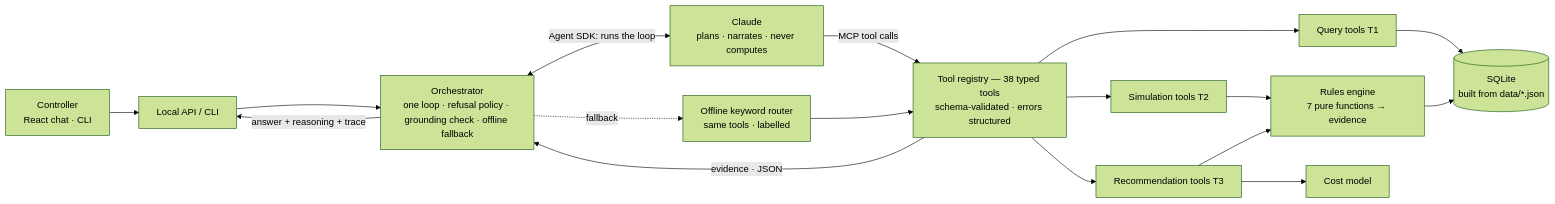
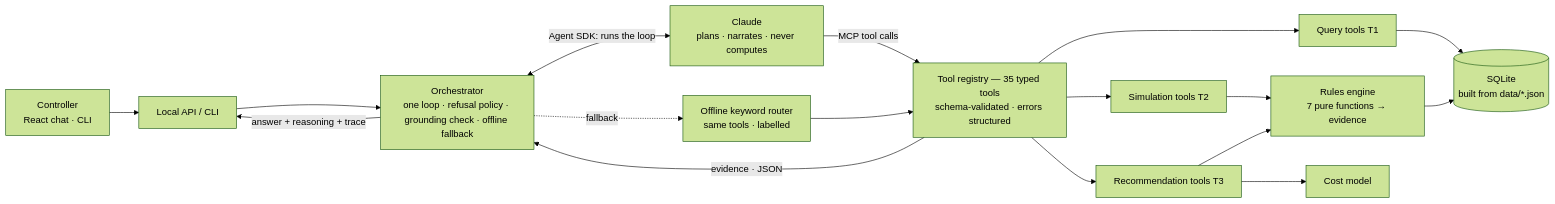
The fourth of 4 diagrams in docs/architecture.md (valinci-007/dCortex), drawn with Mermaid (forest theme) before and after one commit. The commit also changed 42 other files, not shown here.

````diff
--- a/docs/architecture.md
+++ b/docs/architecture.md
@@ -211,19 +211,19 @@
 ```mermaid
 flowchart LR
     U[Controller<br/>React chat · CLI] --> API[Local API / CLI]
     API --> O[Orchestrator<br/>one loop · refusal policy · grounding check · offline fallback]
     O <-->|Agent SDK: runs the loop| M[Claude<br/>plans · narrates · never computes]
     O -.->|fallback| R[Offline keyword router<br/>same tools · labelled]
-    M -->|MCP tool calls| T[Tool registry — 38 typed tools<br/>schema-validated · errors structured]
+    M -->|MCP tool calls| T[Tool registry — 35 typed tools<br/>schema-validated · errors structured]
     R --> T
     T --> Q[Query tools T1]
     T --> S[Simulation tools T2]
     T --> P[Recommendation tools T3]
     Q --> D[(SQLite<br/>built from data/*.json)]
     S --> E[Rules engine<br/>7 pure functions → evidence]
     P --> E
     P --> C[Cost model]
     E --> D
     T -->|evidence · JSON| O
     O -->|answer + reasoning + trace| API
 ```
````
